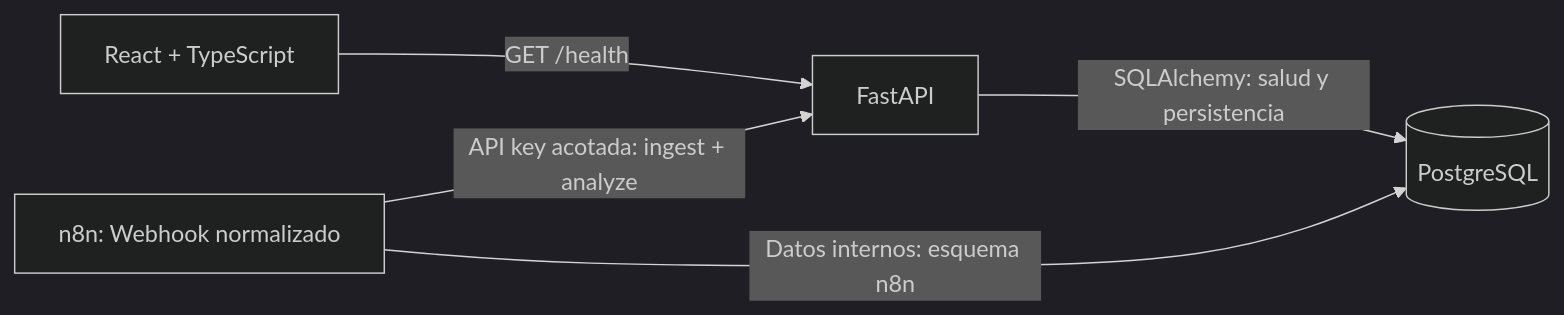
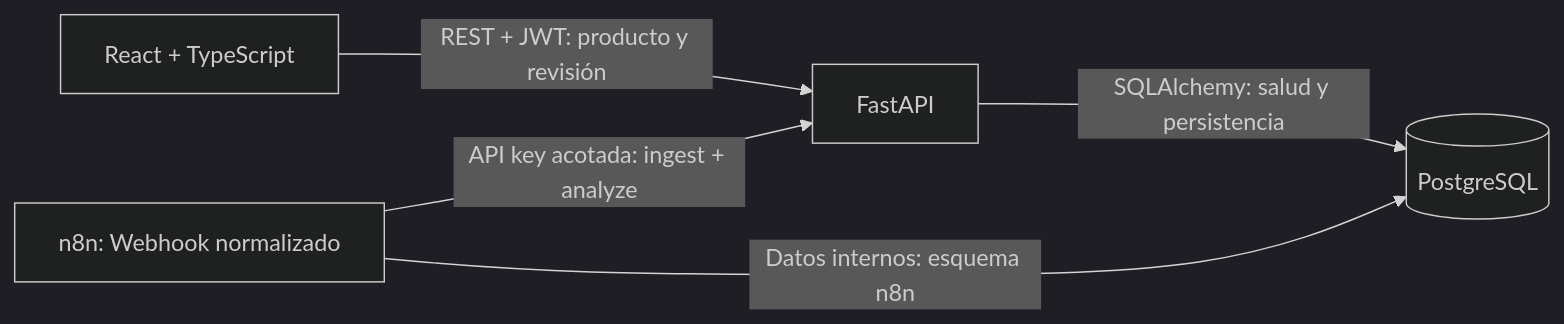
Before and after one commit to xBiltTom/bec-guard: the first of 2 diagrams in docs/architecture.md, drawn with Mermaid (dark theme). The commit also changed other lines of this file and 16 other files, not shown here.

````diff
--- a/docs/architecture.md
+++ b/docs/architecture.md
@@ -20,7 +20,7 @@
 ```mermaid
 flowchart LR
-    Browser[React + TypeScript] -->|GET /health| API[FastAPI]
+    Browser[React + TypeScript] -->|REST + JWT: producto y revisión| API[FastAPI]
     API -->|SQLAlchemy: salud y persistencia| DB[(PostgreSQL)]
     N8N[n8n: Webhook normalizado] -->|API key acotada: ingest + analyze| API
     N8N -->|Datos internos: esquema n8n| DB
 ```
````
